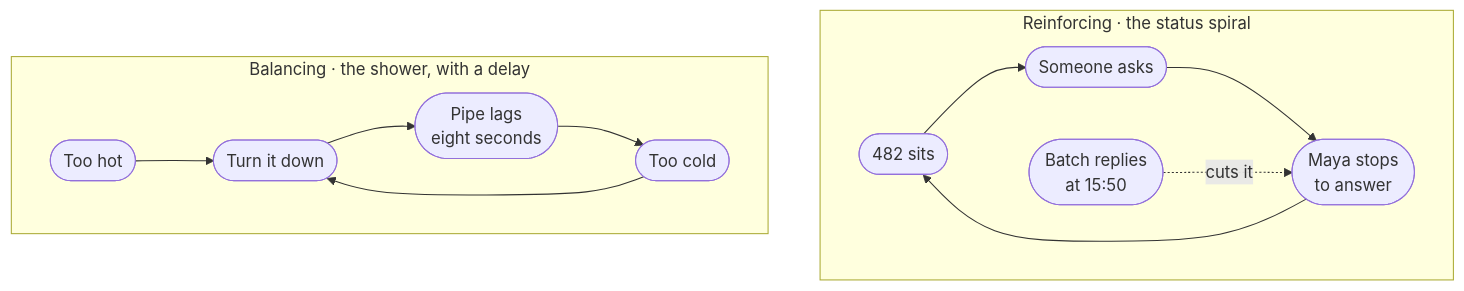
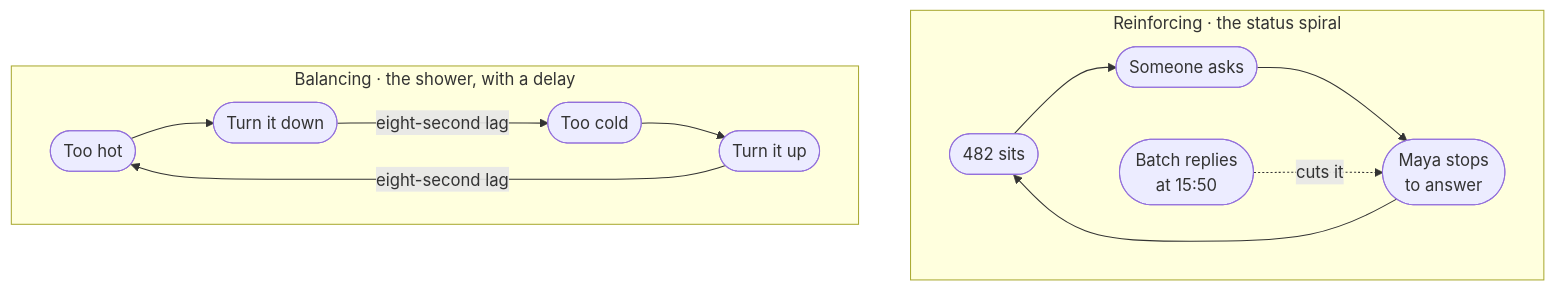
Before and after one commit to Laticent/lattice: the third of 19 diagrams in examples/system-design-foundations.md, drawn with Mermaid. The commit also changed other lines of this file and 2 other files, not shown here.

````diff
--- a/examples/system-design-foundations.md
+++ b/examples/system-design-foundations.md
@@ -390,17 +390,17 @@
 ```mermaid
 flowchart TB
   subgraph rein["Reinforcing · the status spiral"]
     direction LR
     R1(["482 sits"]) --> R2(["Someone asks"])
     R2 --> R3(["Maya stops<br/>to answer"])
     R3 --> R1
     R4(["Batch replies<br/>at 15:50"]) -.->|"cuts it"| R3
   end
   subgraph bal["Balancing · the shower, with a delay"]
     direction LR
     B1(["Too hot"]) --> B2(["Turn it down"])
-    B2 --> B3(["Pipe lags<br/>eight seconds"])
-    B3 --> B4(["Too cold"])
-    B4 --> B2
+    B2 -->|"eight-second lag"| B3(["Too cold"])
+    B3 --> B4(["Turn it up"])
+    B4 -->|"eight-second lag"| B1
   end
 ```
````
